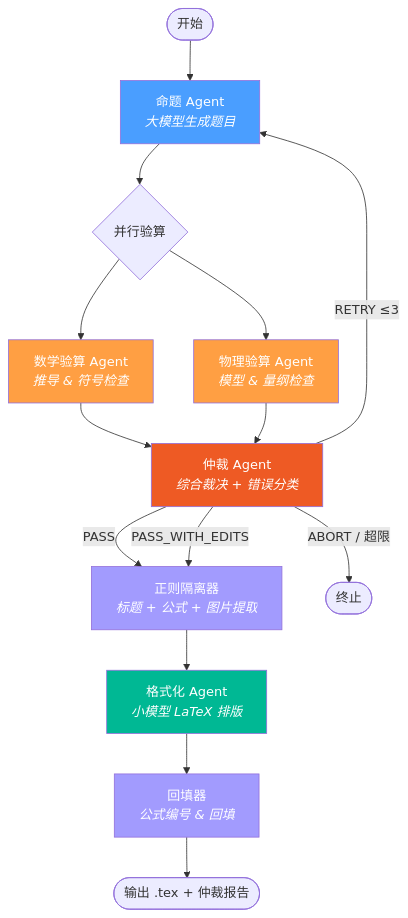
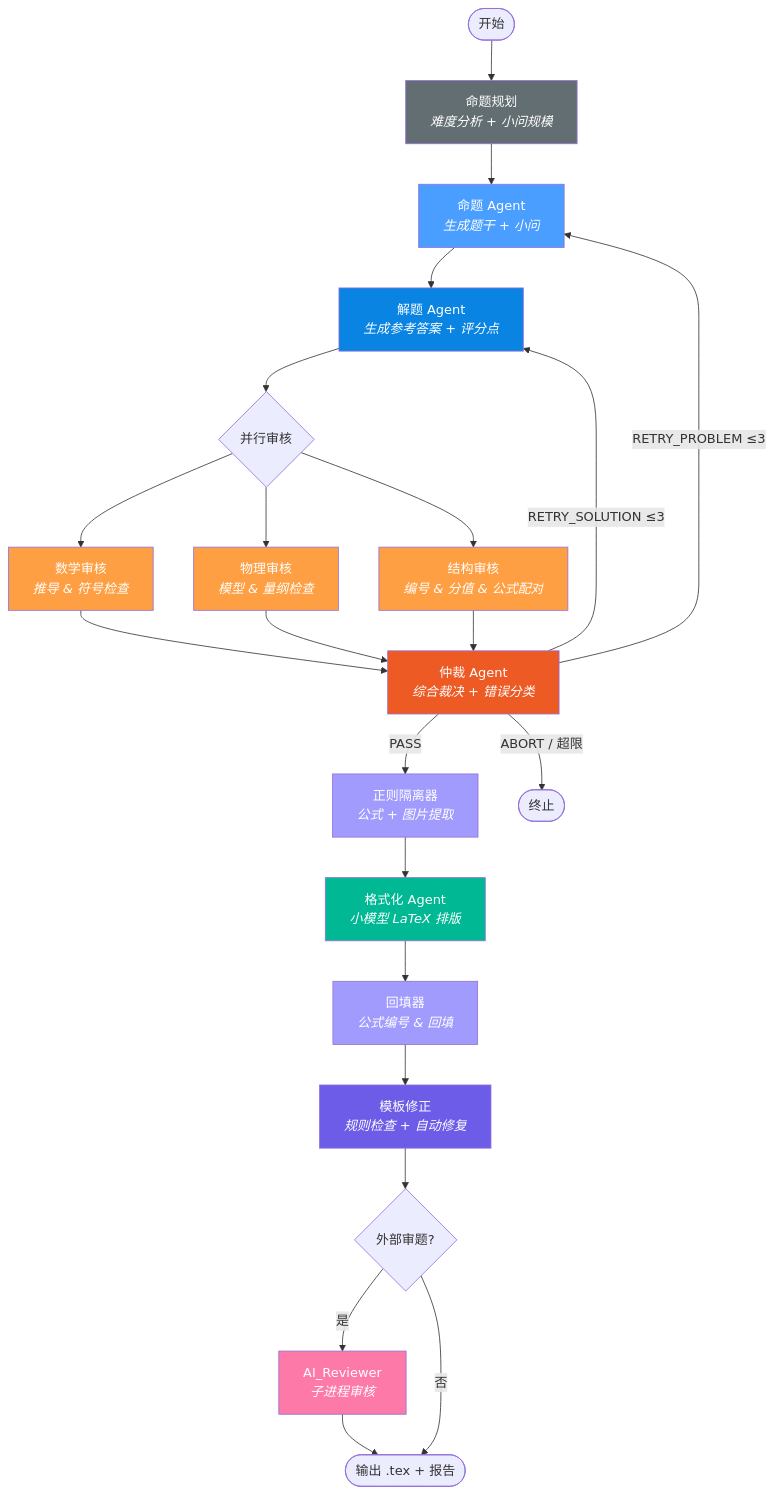
The first of 2 diagrams in README.md (lapalacehong/AI_Question), drawn with Mermaid before and after one commit. The commit also changed other lines of this file and 55 other files, not shown here.

````diff
--- a/README.md
+++ b/README.md
@@ -7,24 +10,37 @@
 ```mermaid
 flowchart TD
-    START([开始]) --> GEN[命题 Agent<br/><i>大模型生成题目</i>]
-    GEN --> PAR{并行验算}
-    PAR --> MATH[数学验算 Agent<br/><i>推导 & 符号检查</i>]
-    PAR --> PHYS[物理验算 Agent<br/><i>模型 & 量纲检查</i>]
+    START([开始]) --> PLAN[命题规划<br/><i>难度分析 + 小问规模</i>]
+    PLAN --> PGEN[命题 Agent<br/><i>生成题干 + 小问</i>]
+    PGEN --> SGEN[解题 Agent<br/><i>生成参考答案 + 评分点</i>]
+    SGEN --> PAR{并行审核}
+    PAR --> MATH[数学审核<br/><i>推导 & 符号检查</i>]
+    PAR --> PHYS[物理审核<br/><i>模型 & 量纲检查</i>]
+    PAR --> STRUCT[结构审核<br/><i>编号 & 分值 & 公式配对</i>]
     MATH --> ARB[仲裁 Agent<br/><i>综合裁决 + 错误分类</i>]
     PHYS --> ARB
-    ARB -->|PASS| PARSE[正则隔离器<br/><i>标题 + 公式 + 图片提取</i>]
-    ARB -->|PASS_WITH_EDITS| PARSE
-    ARB -->|RETRY ≤3| GEN
+    STRUCT --> ARB
+    ARB -->|PASS| ISO[正则隔离器<br/><i>公式 + 图片提取</i>]
+    ARB -->|RETRY_PROBLEM ≤3| PGEN
+    ARB -->|RETRY_SOLUTION ≤3| SGEN
     ARB -->|ABORT / 超限| END1([终止])
-    PARSE --> FMT[格式化 Agent<br/><i>小模型 LaTeX 排版</i>]
+    ISO --> FMT[格式化 Agent<br/><i>小模型 LaTeX 排版</i>]
     FMT --> MERGE[回填器<br/><i>公式编号 & 回填</i>]
-    MERGE --> END2([输出 .tex + 仲裁报告])
+    MERGE --> TFIX[模板修正<br/><i>规则检查 + 自动修复</i>]
+    TFIX --> EXT{外部审题?}
+    EXT -->|是| AIR[AI_Reviewer<br/><i>子进程审核</i>]
+    EXT -->|否| END2
+    AIR --> END2([输出 .tex + 报告])
 
-    style GEN fill:#4a9eff,color:#fff
+    style PLAN fill:#636e72,color:#fff
+    style PGEN fill:#4a9eff,color:#fff
+    style SGEN fill:#0984e3,color:#fff
     style MATH fill:#ff9f43,color:#fff
     style PHYS fill:#ff9f43,color:#fff
+    style STRUCT fill:#ff9f43,color:#fff
     style ARB fill:#ee5a24,color:#fff
-    style PARSE fill:#a29bfe,color:#fff
+    style ISO fill:#a29bfe,color:#fff
     style FMT fill:#00b894,color:#fff
     style MERGE fill:#a29bfe,color:#fff
+    style TFIX fill:#6c5ce7,color:#fff
+    style AIR fill:#fd79a8,color:#fff
 ```
````
